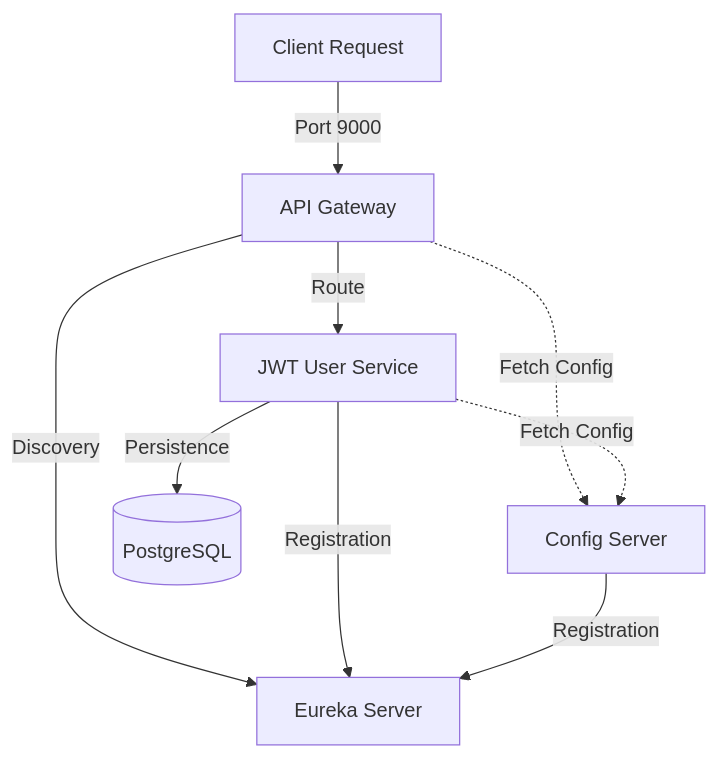
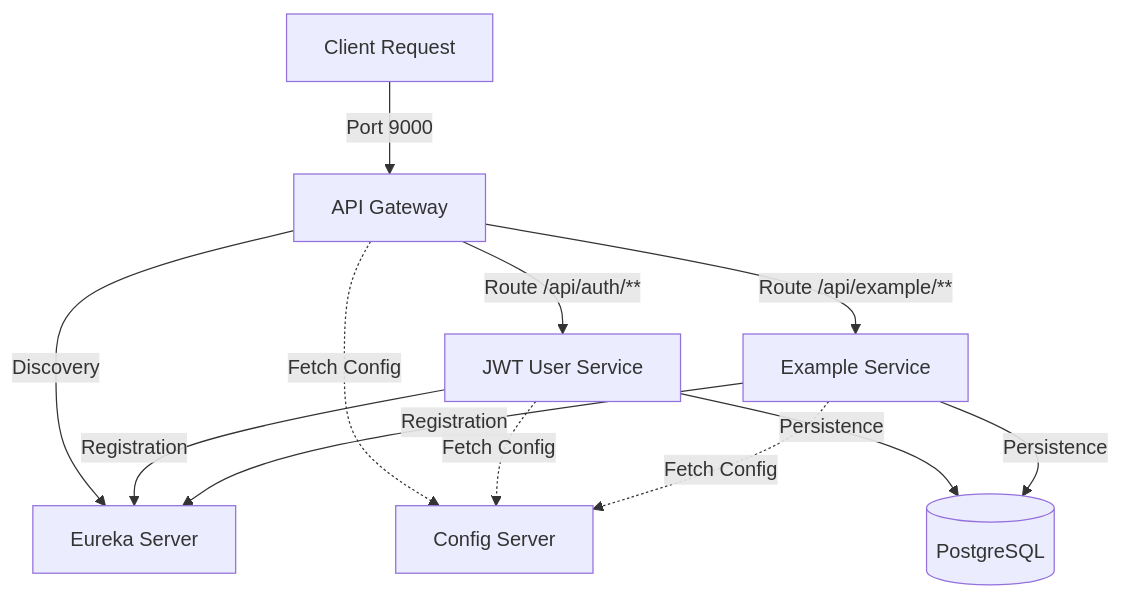
One commit to jorge00ESP/java-backend-default-project changed the diagram in README.md. Above: the diagram before and after it, drawn with Mermaid. The commit also changed other lines of this file and 10 other files, not shown here.

````diff
--- a/README.md
+++ b/README.md
@@ -16,14 +37,17 @@
 ```mermaid
 graph TD
     Client[Client Request] -->|Port 9000| Gateway[API Gateway]
     Gateway -->|Discovery| Eureka[Eureka Server]
-    Gateway -->|Route| JWTService[JWT User Service]
-    
+    Gateway -->|Route /api/auth/**| JWTService[JWT User Service]
+    Gateway -->|Route /api/example/**| ExampleService[Example Service]
+
     JWTService -->|Registration| Eureka
-    ConfigService -->|Registration| Eureka
-    
+    ExampleService -->|Registration| Eureka
+
     Gateway -.->|Fetch Config| ConfigService[Config Server]
     JWTService -.->|Fetch Config| ConfigService
-    
+    ExampleService -.->|Fetch Config| ConfigService
+
     JWTService -->|Persistence| DB[(PostgreSQL)]
+    ExampleService -->|Persistence| DB
 ```
````
